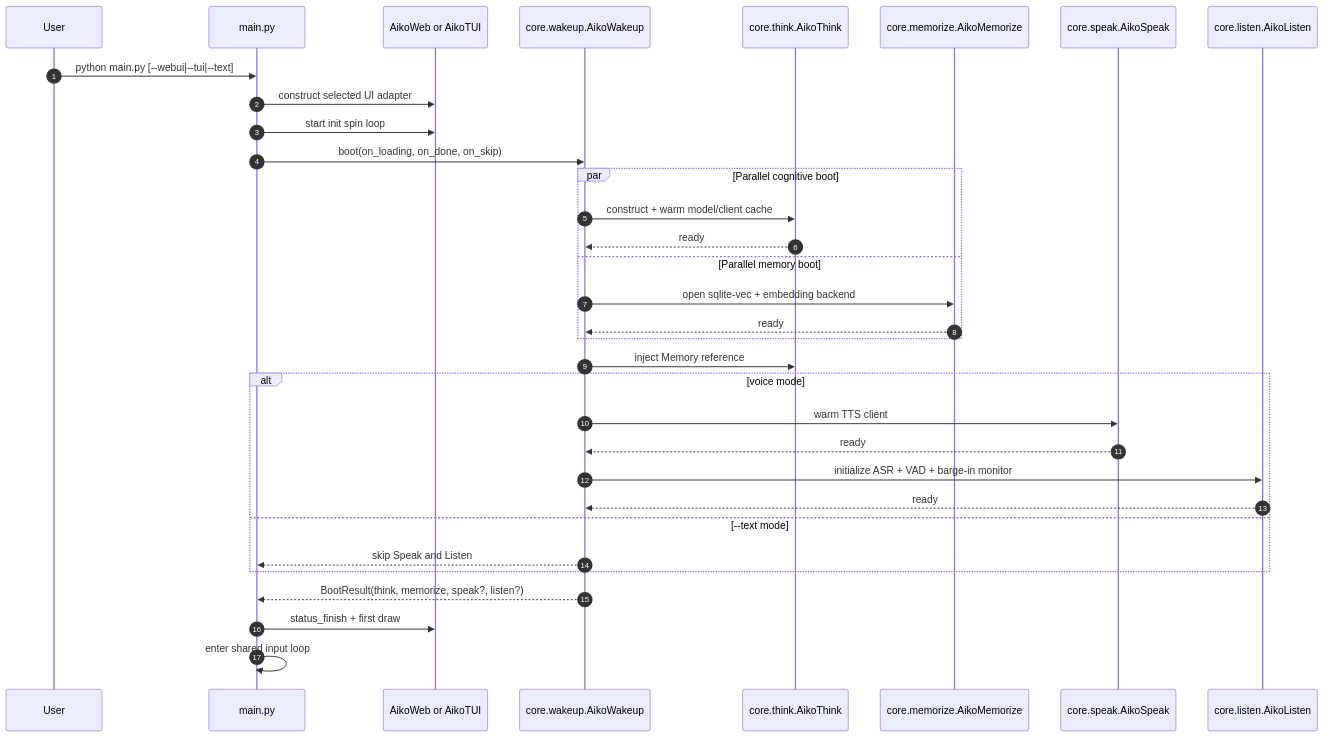
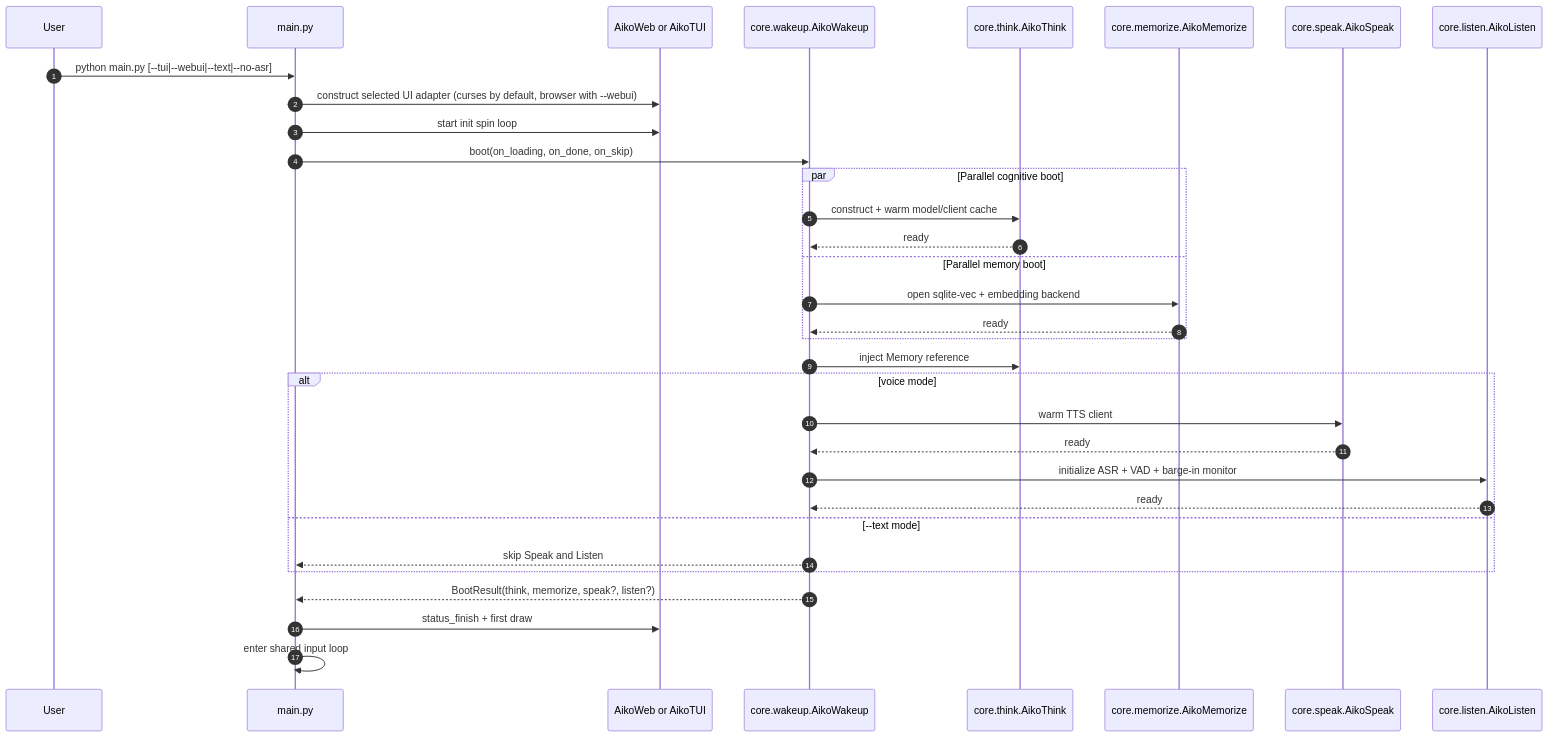
One commit to OppaAI/Aiko-chan changed the second of 7 diagrams in docs/ARCHITECTURE.md. Above: the diagram before and after it, drawn with Mermaid. The commit also changed other lines of this file and 4 other files, not shown here.

````diff
--- a/docs/ARCHITECTURE.md
+++ b/docs/ARCHITECTURE.md
@@ -72,36 +72,36 @@
 ```mermaid
 sequenceDiagram
     autonumber
     participant User
     participant Main as main.py
     participant UI as AikoWeb or AikoTUI
     participant Wakeup as core.wakeup.AikoWakeup
     participant Think as core.think.AikoThink
     participant Memory as core.memorize.AikoMemorize
     participant Speak as core.speak.AikoSpeak
     participant Listen as core.listen.AikoListen
 
-    User->>Main: python main.py [--webui|--tui|--text]
-    Main->>UI: construct selected UI adapter
+    User->>Main: python main.py [--tui|--webui|--text|--no-asr]
+    Main->>UI: construct selected UI adapter (curses by default, browser with --webui)
     Main->>UI: start init spin loop
     Main->>Wakeup: boot(on_loading, on_done, on_skip)
     par Parallel cognitive boot
         Wakeup->>Think: construct + warm model/client cache
         Think-->>Wakeup: ready
     and Parallel memory boot
         Wakeup->>Memory: open sqlite-vec + embedding backend
         Memory-->>Wakeup: ready
     end
     Wakeup->>Think: inject Memory reference
     alt voice mode
         Wakeup->>Speak: warm TTS client
         Speak-->>Wakeup: ready
         Wakeup->>Listen: initialize ASR + VAD + barge-in monitor
         Listen-->>Wakeup: ready
     else --text mode
         Wakeup-->>Main: skip Speak and Listen
     end
     Wakeup-->>Main: BootResult(think, memorize, speak?, listen?)
     Main->>UI: status_finish + first draw
     Main->>Main: enter shared input loop
 ```
````
